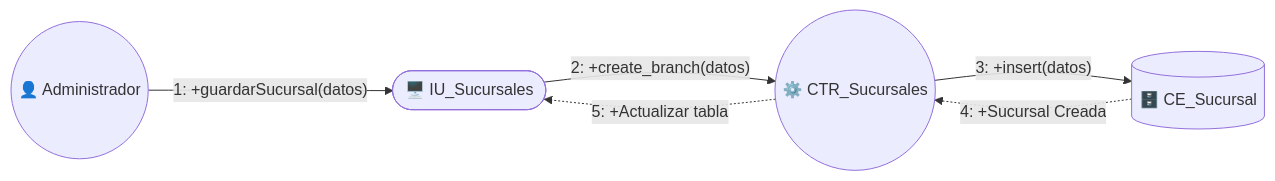
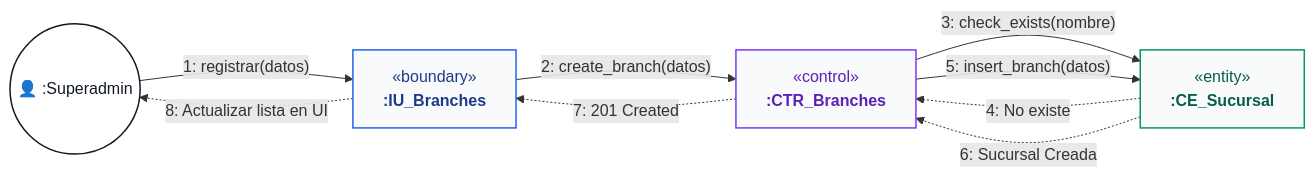
Diagram 14 of 53 in documentos/Ciclo1.md (jc-larry/ecommerce), drawn with Mermaid before and after one commit. The commit also changed other lines of this file and 148 other files, not shown here.

````diff
--- a/documentos/Ciclo1.md
+++ b/documentos/Ciclo1.md
@@ -947,13 +985,22 @@
 ```mermaid
 flowchart LR
-    Actor(("👤 Administrador"))
-    IU(["🖥️ IU_Sucursales"])
-    CTR(("⚙️ CTR_Sucursales"))
-    ENT[("🗄️ CE_Sucursal")]
+    classDef actorStyle fill:#ffffff,stroke:#111827,stroke-width:1.5px,color:#111827;
+    classDef boundaryStyle fill:#f9fafb,stroke:#2563eb,stroke-width:1.5px,color:#1e3a8a;
+    classDef controlStyle fill:#f9fafb,stroke:#7c3aed,stroke-width:1.5px,color:#5b21b6;
+    classDef entityStyle fill:#f9fafb,stroke:#059669,stroke-width:1.5px,color:#065f46;
+    classDef externalStyle fill:#f9fafb,stroke:#d97706,stroke-width:1.5px,color:#92400e;
 
-    Actor -- "1: +guardarSucursal(datos)" --> IU
-    IU -- "2: +create_branch(datos)" --> CTR
-    CTR -- "3: +insert(datos)" --> ENT
-    ENT -. "4: +Sucursal Creada" .-> CTR
-    CTR -. "5: +Actualizar tabla" .-> IU
+    A(("👤 :Superadmin")):::actorStyle
+    IU["&laquo;boundary&raquo;<br/><b>:IU_Branches</b>"]:::boundaryStyle
+    CTR["&laquo;control&raquo;<br/><b>:CTR_Branches</b>"]:::controlStyle
+    CE_B["&laquo;entity&raquo;<br/><b>:CE_Sucursal</b>"]:::entityStyle
+
+    A -- "1: registrar(datos)" --> IU
+    IU -- "2: create_branch(datos)" --> CTR
+    CTR -- "3: check_exists(nombre)" --> CE_B
+    CE_B -. "4: No existe" .-> CTR
+    CTR -- "5: insert_branch(datos)" --> CE_B
+    CE_B -. "6: Sucursal Creada" .-> CTR
+    CTR -. "7: 201 Created" .-> IU
+    IU -. "8: Actualizar lista en UI" .-> A
 ```
````
